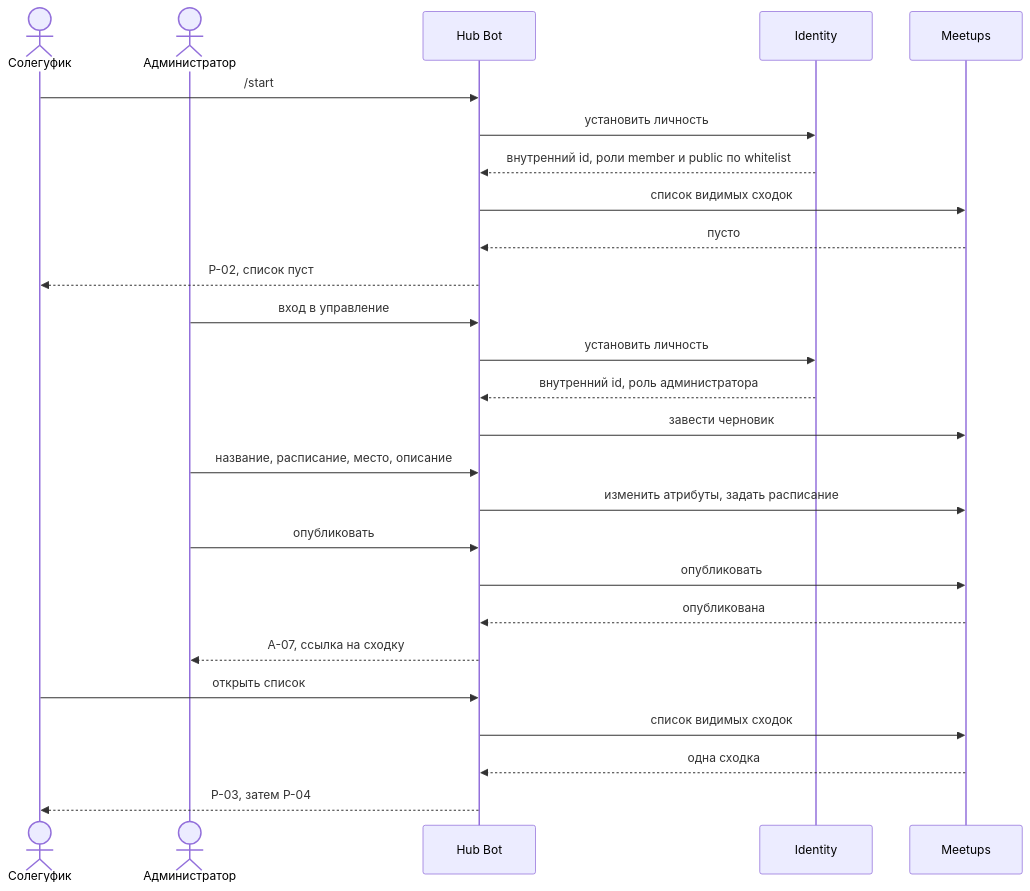
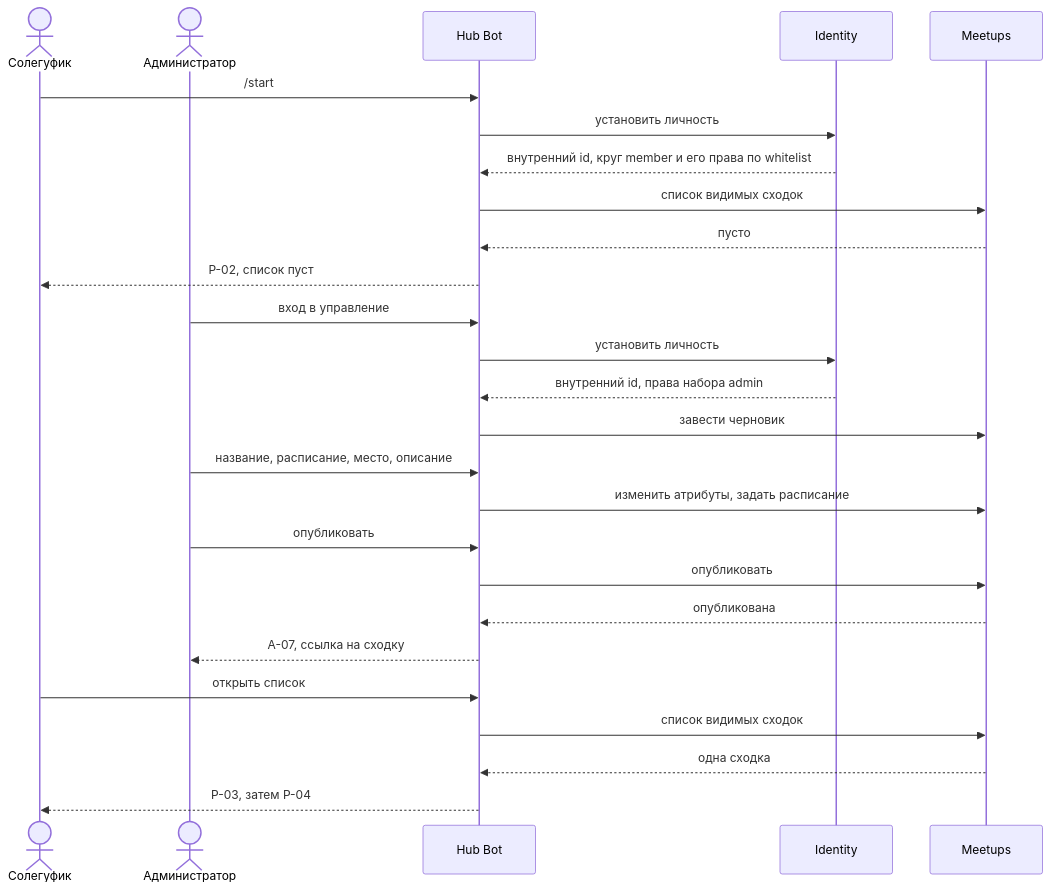
One commit to Solguficky/solguficky-hub changed the diagram in docs/architecture/first-slice.md. Above: the diagram before and after it, drawn with Mermaid. The commit also changed other lines of this file and 279 other files, not shown here.

````diff
--- a/docs/architecture/first-slice.md
+++ b/docs/architecture/first-slice.md
@@ -26,31 +26,31 @@
 ```mermaid
 sequenceDiagram
     actor S as Солегуфик
     actor A as Администратор
     participant B as Hub Bot
     participant I as Identity
     participant M as Meetups
 
     S->>B: /start
     B->>I: установить личность
-    I-->>B: внутренний id, роли member и public по whitelist
+    I-->>B: внутренний id, круг member и его права по whitelist
     B->>M: список видимых сходок
     M-->>B: пусто
     B-->>S: P-02, список пуст
 
     A->>B: вход в управление
     B->>I: установить личность
-    I-->>B: внутренний id, роль администратора
+    I-->>B: внутренний id, права набора admin
     B->>M: завести черновик
     A->>B: название, расписание, место, описание
     B->>M: изменить атрибуты, задать расписание
     A->>B: опубликовать
     B->>M: опубликовать
     M-->>B: опубликована
     B-->>A: A-07, ссылка на сходку
 
     S->>B: открыть список
     B->>M: список видимых сходок
     M-->>B: одна сходка
     B-->>S: P-03, затем P-04
 ```
````
